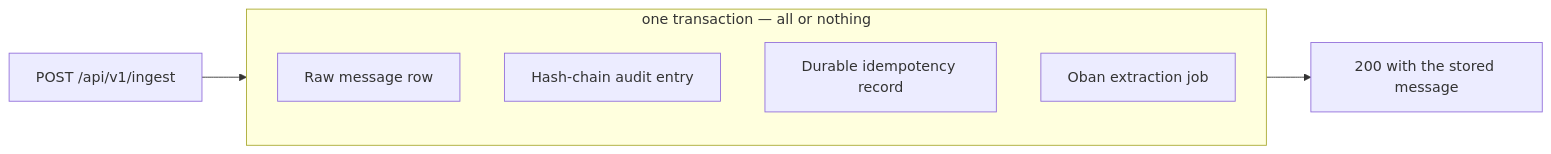
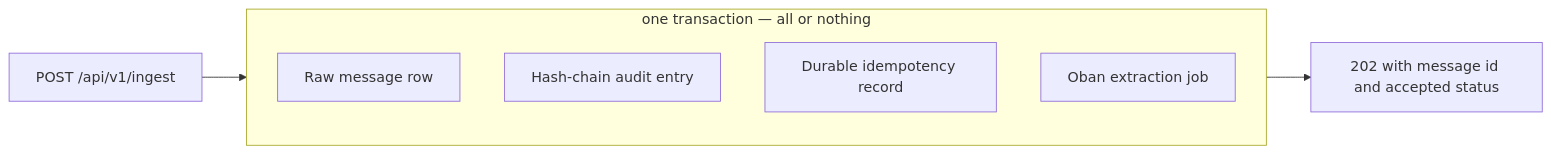
One commit to cartularyhq/cartulary changed the first of 3 diagrams in docs/concepts/ingest-pipeline.md. Above: the diagram before and after it, drawn with Mermaid. The commit also changed other lines of this file and 42 other files, not shown here.

````diff
--- a/docs/concepts/ingest-pipeline.md
+++ b/docs/concepts/ingest-pipeline.md
@@ -12,11 +12,11 @@
 ```mermaid
 flowchart LR
     subgraph TX["one transaction — all or nothing"]
         A[Raw message row]
         B[Hash-chain audit entry]
         C[Durable idempotency record]
         D[Oban extraction job]
     end
     REQ[POST /api/v1/ingest] --> TX
-    TX --> RESP[200 with the stored message]
+    TX --> RESP[202 with message id and accepted status]
 ```
````
